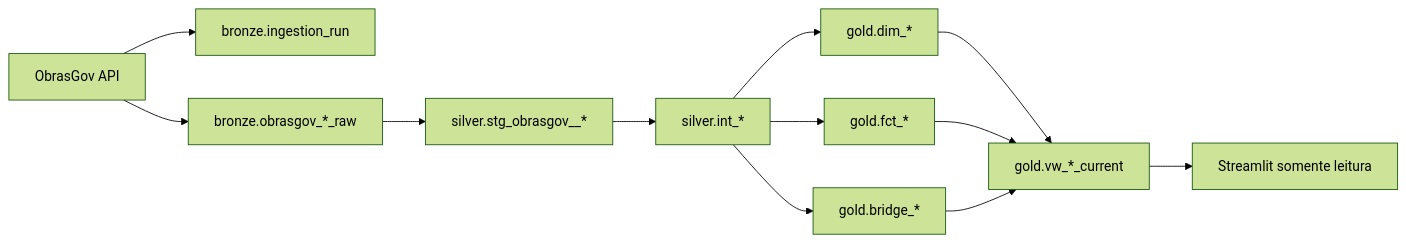
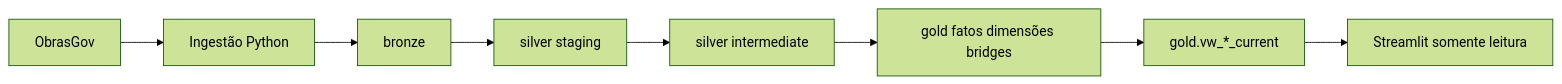
One commit to EJavierCosta/PROJETO_OBRASGOV changed the diagram in docs/modelagem-dados.md. Above: the diagram before and after it, drawn with Mermaid (forest theme). The commit also changed other lines of this file and 3 other files, not shown here.

````diff
--- a/docs/modelagem-dados.md
+++ b/docs/modelagem-dados.md
@@ -36,14 +21,10 @@
 ```mermaid
 flowchart LR
-    API[ObrasGov API] --> RUN[bronze.ingestion_run]
-    API --> RAW[bronze.obrasgov_*_raw]
-    RAW --> STG[silver.stg_obrasgov__*]
-    STG --> INT[silver.int_*]
-    INT --> DIM[gold.dim_*]
-    INT --> FACT[gold.fct_*]
-    INT --> BRIDGE[gold.bridge_*]
-    DIM --> CURRENT[gold.vw_*_current]
-    FACT --> CURRENT
-    BRIDGE --> CURRENT
-    CURRENT --> APP[Streamlit somente leitura]
+    API[ObrasGov] --> ING[Ingestão Python]
+    ING --> BR[bronze]
+    BR --> STG[silver staging]
+    STG --> INT[silver intermediate]
+    INT --> GD[gold fatos dimensões bridges]
+    GD --> VW[gold.vw_*_current]
+    VW --> APP[Streamlit somente leitura]
 ```
````
